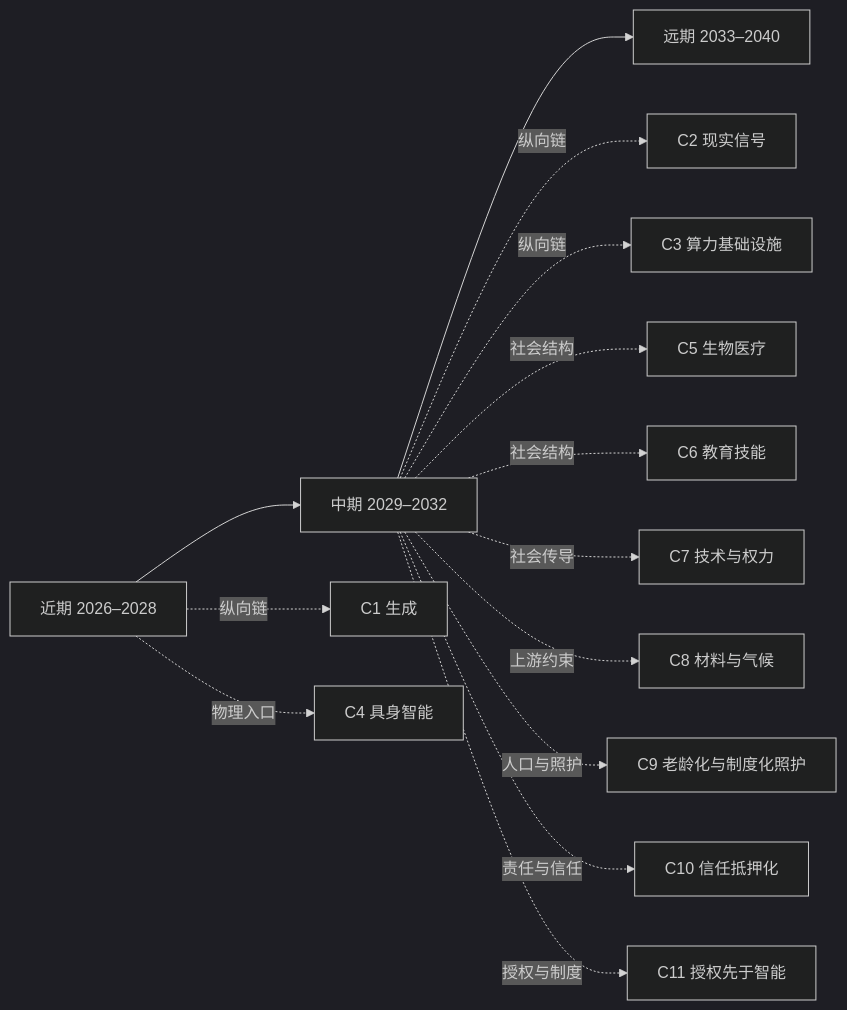
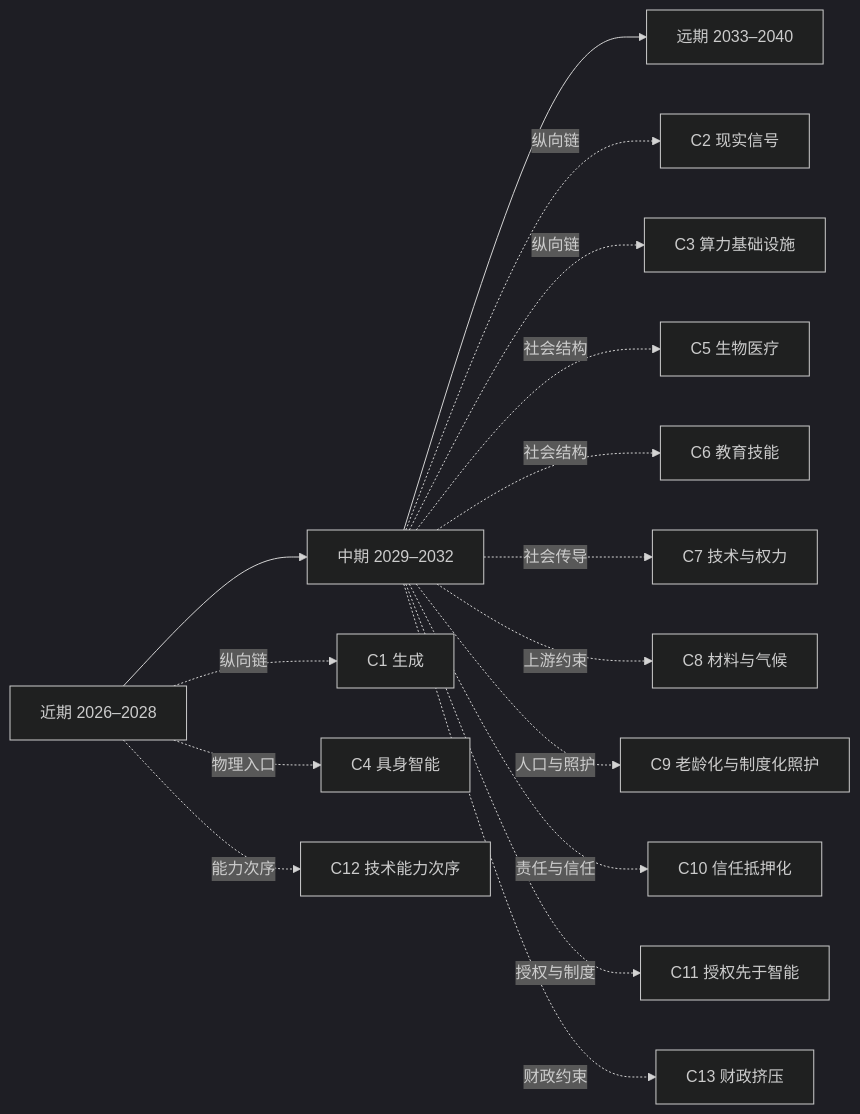
The diagram in docs/zh/10-near.md (SenZhangAI/foresight-by-ai), drawn with Mermaid (dark theme) before and after one commit. The commit also changed other lines of this file and 5 other files, not shown here.

````diff
--- a/docs/zh/10-near.md
+++ b/docs/zh/10-near.md
@@ -17,16 +17,18 @@
 ```mermaid
 flowchart LR
   N[近期 2026–2028] --> M[中期 2029–2032]
   M --> F[远期 2033–2040]
   N -.纵向链.-> C1[C1 生成]
   M -.纵向链.-> C2[C2 现实信号]
   M -.纵向链.-> C3[C3 算力基础设施]
   N -.物理入口.-> C4[C4 具身智能]
   M -.社会结构.-> C5[C5 生物医疗]
   M -.社会结构.-> C6[C6 教育技能]
   M -.社会传导.-> C7[C7 技术与权力]
   M -.上游约束.-> C8[C8 材料与气候]
   M -.人口与照护.-> C9[C9 老龄化与制度化照护]
   M -.责任与信任.-> C10[C10 信任抵押化]
   M -.授权与制度.-> C11[C11 授权先于智能]
+  N -.能力次序.-> C12[C12 技术能力次序]
+  M -.财政约束.-> C13[C13 财政挤压]
 ```
````
